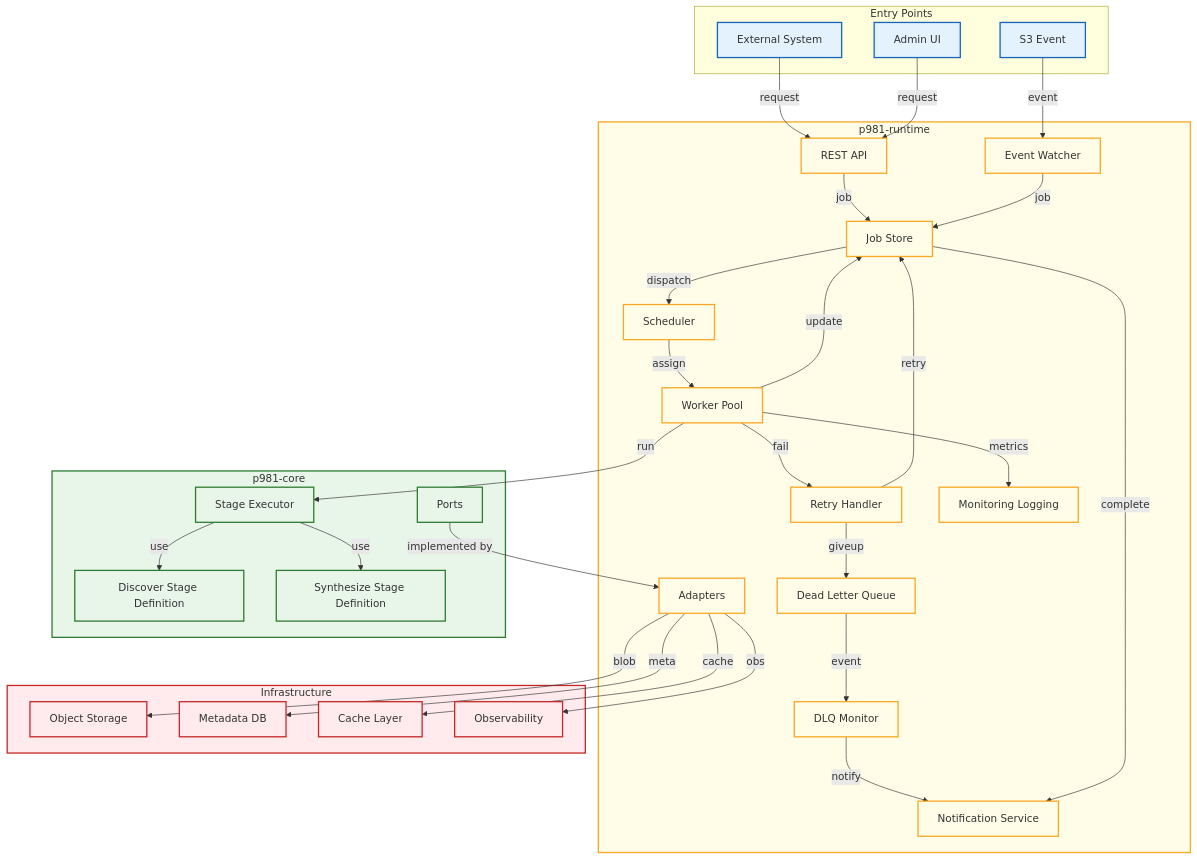
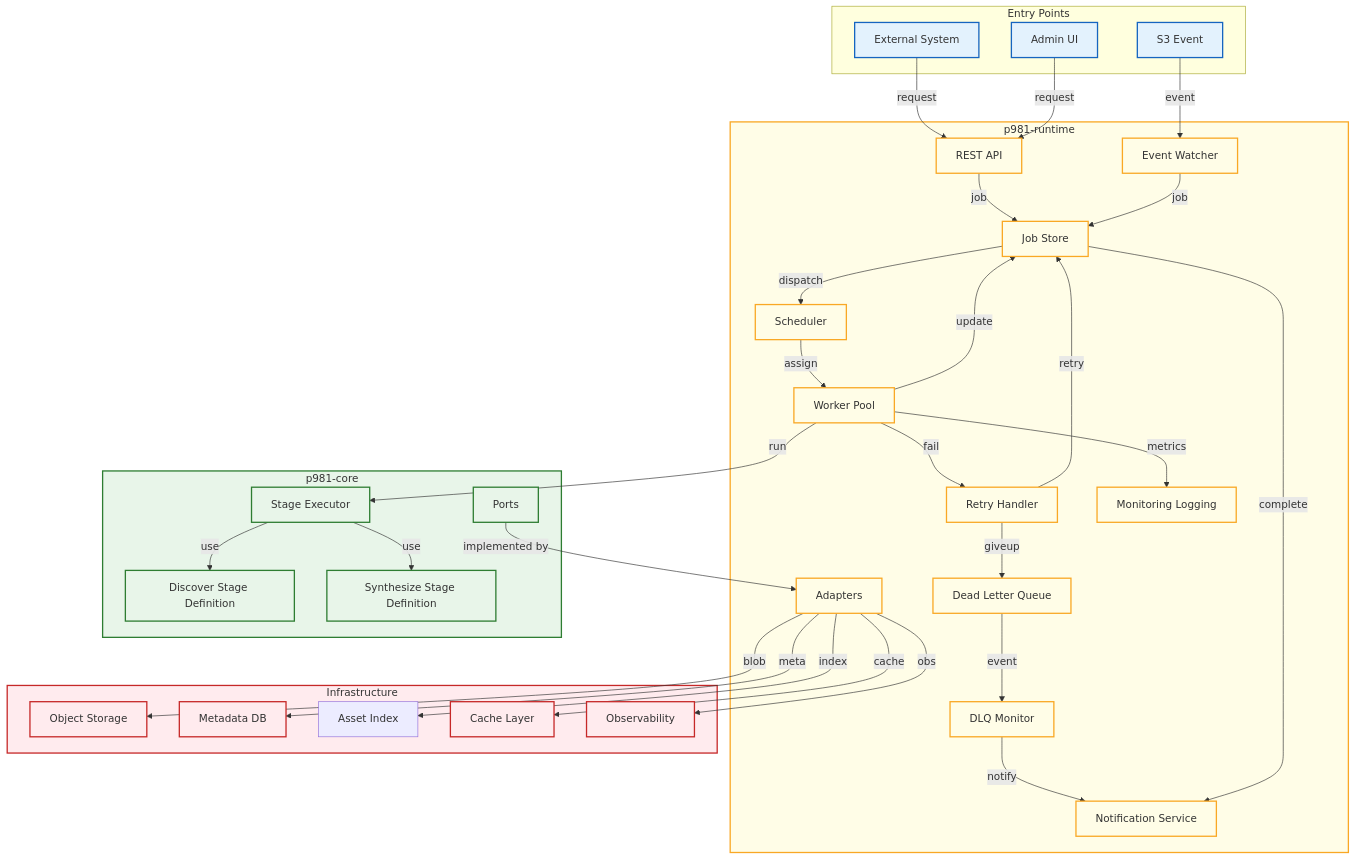
The diagram in specs/diagrams/runtime.mmd (monolith-hyeonrae/portrait981), drawn with Mermaid before and after one commit. The commit also changed 12 other files, not shown here.

```diff
--- a/specs/diagrams/runtime.mmd
+++ b/specs/diagrams/runtime.mmd
@@ -1,68 +1,70 @@
 graph TB
   classDef entry fill:#e3f2fd,stroke:#1565c0,stroke-width:2px
   classDef runtime fill:#fffde7,stroke:#f9a825,stroke-width:2px
   classDef core fill:#e8f5e9,stroke:#2e7d32,stroke-width:2px
   classDef infra fill:#ffebee,stroke:#c62828,stroke-width:2px
   
   subgraph ENTRY["Entry Points"]
     EXT[External System]
     UI[Admin UI]
     EVT[S3 Event]
   end
   
   subgraph RUNTIME["p981-runtime"]
     API[REST API]
     WATCH[Event Watcher]
     JOB[Job Store]
     SCHED[Scheduler]
     WORKER[Worker Pool]
     RETRY[Retry Handler]
     DLQ[Dead Letter Queue]
     DLQMON[DLQ Monitor]
     NOTIFY[Notification Service]
     MON[Monitoring Logging]
     ADAPTERS[Adapters]
   end
   
   subgraph CORE["p981-core"]
     EXEC[Stage Executor]
     DISC[Discover Stage Definition]
     SYN[Synthesize Stage Definition]
     PORTS[Ports]
   end
   
   subgraph INFRA["Infrastructure"]
     OBJ[Object Storage]
     META[Metadata DB]
+    INDEX[Asset Index]
     CACHE[Cache Layer]
     OBS[Observability]
   end
   
   EXT -->|request| API
   UI -->|request| API
   EVT -->|event| WATCH
   API -->|job| JOB
   WATCH -->|job| JOB
   JOB -->|dispatch| SCHED
   SCHED -->|assign| WORKER
   WORKER -->|run| EXEC
   EXEC -->|use| DISC
   EXEC -->|use| SYN
   WORKER -->|update| JOB
   WORKER -->|fail| RETRY
   RETRY -->|retry| JOB
   RETRY -->|giveup| DLQ
   DLQ -->|event| DLQMON
   DLQMON -->|notify| NOTIFY
   JOB -->|complete| NOTIFY
   WORKER -->|metrics| MON
   PORTS -->|implemented by| ADAPTERS
   ADAPTERS -->|blob| OBJ
   ADAPTERS -->|meta| META
+  ADAPTERS -->|index| INDEX
   ADAPTERS -->|cache| CACHE
   ADAPTERS -->|obs| OBS
   
   class EXT,UI,EVT entry
   class RUNTIME,API,WATCH,JOB,SCHED,WORKER,RETRY,DLQ,DLQMON,NOTIFY,MON,ADAPTERS runtime
   class CORE,EXEC,DISC,SYN,PORTS core
   class INFRA,OBJ,META,CACHE,OBS infra
```
